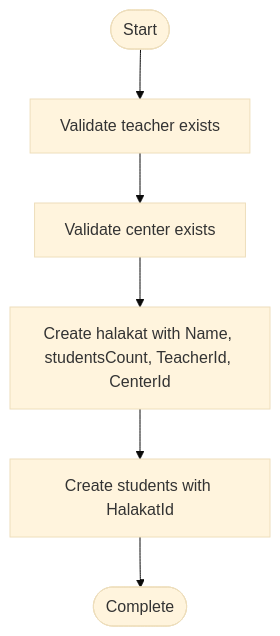
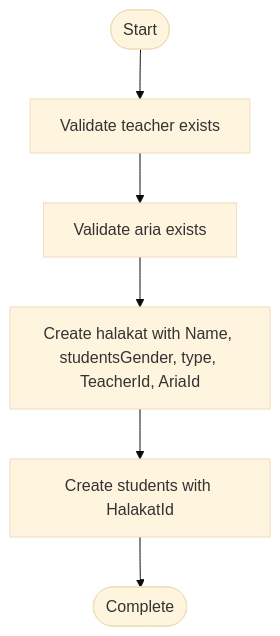
One commit to Mreng78/khirocom_project changed the fourth of 5 diagrams in .qoder/repowiki/en/content/Database Design/Halakat Model.md. Above: the diagram before and after it, drawn with Mermaid (base theme). The commit also changed other lines of this file and 6 other files, not shown here.

Commit message:
create students router and controller

````diff
--- a/.qoder/repowiki/en/content/Database Design/Halakat Model.md
+++ b/.qoder/repowiki/en/content/Database Design/Halakat Model.md
@@ -223,8 +264,8 @@
 ```mermaid
 flowchart TD
 Start(["Start"]) --> ValidateUser["Validate teacher exists"]
-ValidateUser --> ValidateCenter["Validate center exists"]
-ValidateCenter --> CreateHalakat["Create halakat with Name, studentsCount, TeacherId, CenterId"]
+ValidateUser --> ValidateAria["Validate aria exists"]
+ValidateAria --> CreateHalakat["Create halakat with Name, studentsGender, type, TeacherId, AriaId"]
 CreateHalakat --> CreateStudents["Create students with HalakatId"]
 CreateStudents --> End(["Complete"])
 ```
````
